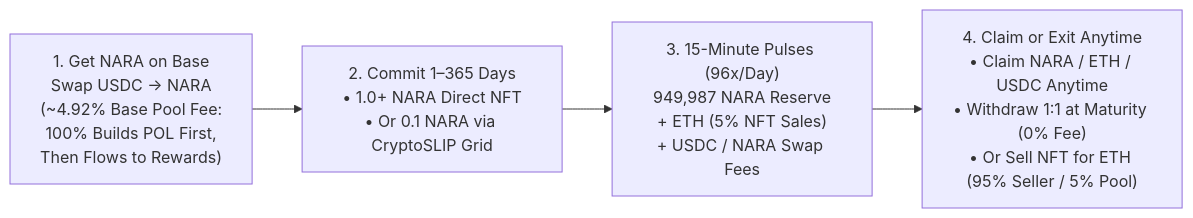
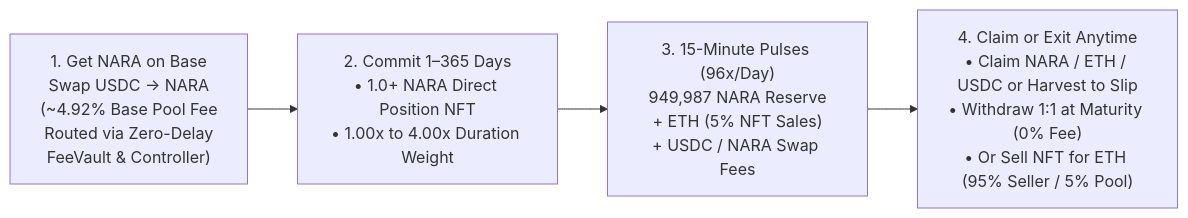
Before and after one commit to NARAProtocol/nara_protocol_v4: the diagram in docs/PROJECT_KNOWLEDGE_BASE.md, drawn with Mermaid. The commit also changed other lines of this file and 8 other files, not shown here.

Commit message:
docs(v5): align Commit NARA 1:1 Position NFTs and zero-delay FeeController routing (#102)

````diff
--- a/docs/PROJECT_KNOWLEDGE_BASE.md
+++ b/docs/PROJECT_KNOWLEDGE_BASE.md
@@ -55,6 +55,6 @@
 ```mermaid
 flowchart LR
-    A["1. Get NARA on Base<br/>Swap USDC → NARA<br/>(~4.92% Base Pool Fee:<br/>100% Builds POL First,<br/>Then Flows to Rewards)"] --> B["2. Commit 1–365 Days<br/>• 1.0+ NARA Direct NFT<br/>• Or 0.1 NARA via CryptoSLIP Grid"]
+    A["1. Get NARA on Base<br/>Swap USDC → NARA<br/>(~4.92% Base Pool Fee<br/>Routed via Zero-Delay<br/>FeeVault & Controller)"] --> B["2. Commit 1–365 Days<br/>• 1.0+ NARA Direct Position NFT<br/>• 1.00x to 4.00x Duration Weight"]
     B --> C["3. 15-Minute Pulses (96x/Day)<br/>949,987 NARA Reserve<br/>+ ETH (5% NFT Sales)<br/>+ USDC / NARA Swap Fees"]
-    C --> D["4. Claim or Exit Anytime<br/>• Claim NARA / ETH / USDC Anytime<br/>• Withdraw 1:1 at Maturity (0% Fee)<br/>• Or Sell NFT for ETH (95% Seller / 5% Pool)"]
+    C --> D["4. Claim or Exit Anytime<br/>• Claim NARA / ETH / USDC or Harvest to Slip<br/>• Withdraw 1:1 at Maturity (0% Fee)<br/>• Or Sell NFT for ETH (95% Seller / 5% Pool)"]
 ```
````
